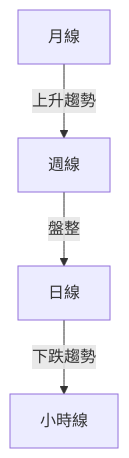
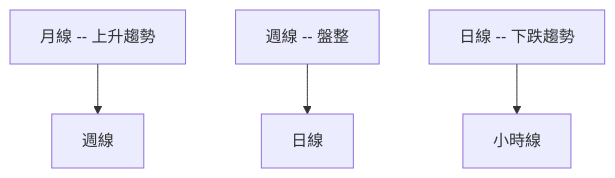
Before and after one commit to yennanliu/finance_data: the second of 10 diagrams in ai_gen_report/stock/onds/technical_analysis_2026-03-31_openai.md, drawn with Mermaid. The commit also changed other lines of this file and 2258 other files, not shown here.

First line of the commit message:
chore: backfill Mermaid syntax repair across existing reports

````diff
--- a/ai_gen_report/stock/onds/technical_analysis_2026-03-31_openai.md
+++ b/ai_gen_report/stock/onds/technical_analysis_2026-03-31_openai.md
@@ -90,6 +90,6 @@
 ```mermaid
 graph TD
-    月線 -- 上升趨勢 --> 週線
-    週線 -- 盤整 --> 日線
-    日線 -- 下跌趨勢 --> 小時線
+    nb1["月線 -- 上升趨勢"] --> 週線
+    nb2["週線 -- 盤整"] --> 日線
+    nb3["日線 -- 下跌趨勢"] --> 小時線
 ```
````
